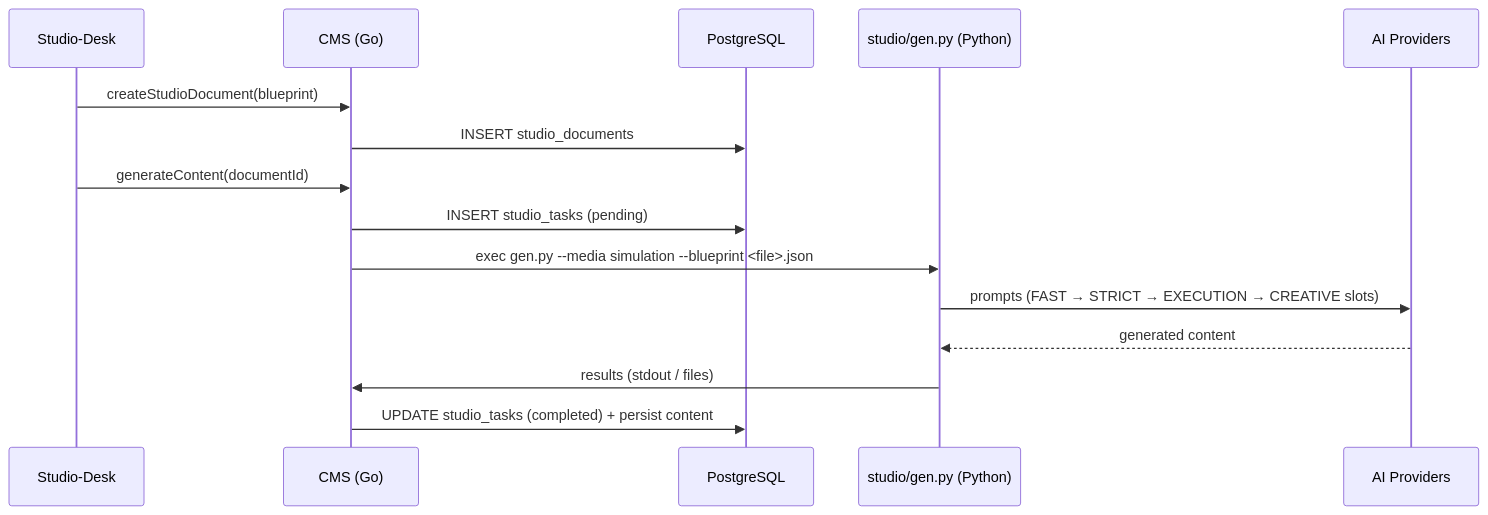
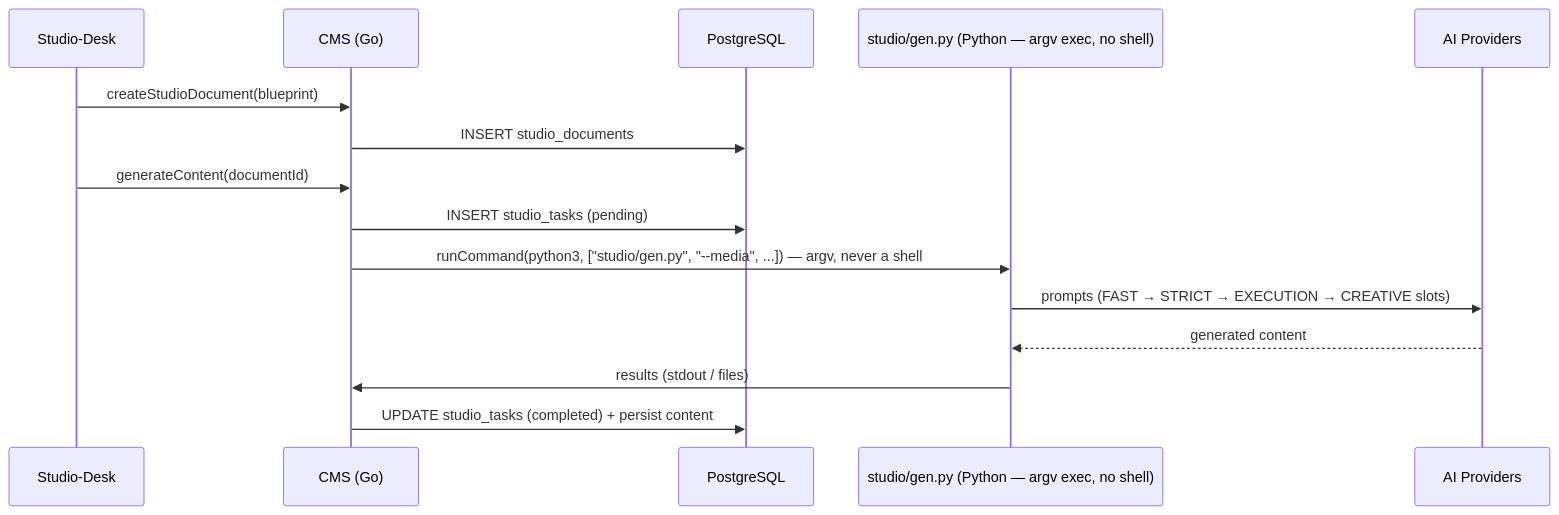
One commit to anthropos-work/rosetta changed the diagram in corpus/services/cms.md. Above: the diagram before and after it, drawn with Mermaid. The commit also changed other lines of this file and 5 other files, not shown here.

````diff
--- a/corpus/services/cms.md
+++ b/corpus/services/cms.md
@@ -159,18 +164,18 @@
 ```mermaid
 sequenceDiagram
     participant Desk as Studio-Desk
     participant CMS as CMS (Go)
     participant DB as PostgreSQL
-    participant Studio as studio/gen.py (Python)
+    participant Studio as studio/gen.py (Python — argv exec, no shell)
     participant AI as AI Providers
 
     Desk->>CMS: createStudioDocument(blueprint)
     CMS->>DB: INSERT studio_documents
     Desk->>CMS: generateContent(documentId)
     CMS->>DB: INSERT studio_tasks (pending)
-    CMS->>Studio: exec gen.py --media simulation --blueprint <file>.json
+    CMS->>Studio: runCommand(python3, ["studio/gen.py", "--media", ...]) — argv, never a shell
     Studio->>AI: prompts (FAST → STRICT → EXECUTION → CREATIVE slots)
     AI-->>Studio: generated content
     Studio->>CMS: results (stdout / files)
     CMS->>DB: UPDATE studio_tasks (completed) + persist content
 ```
````
